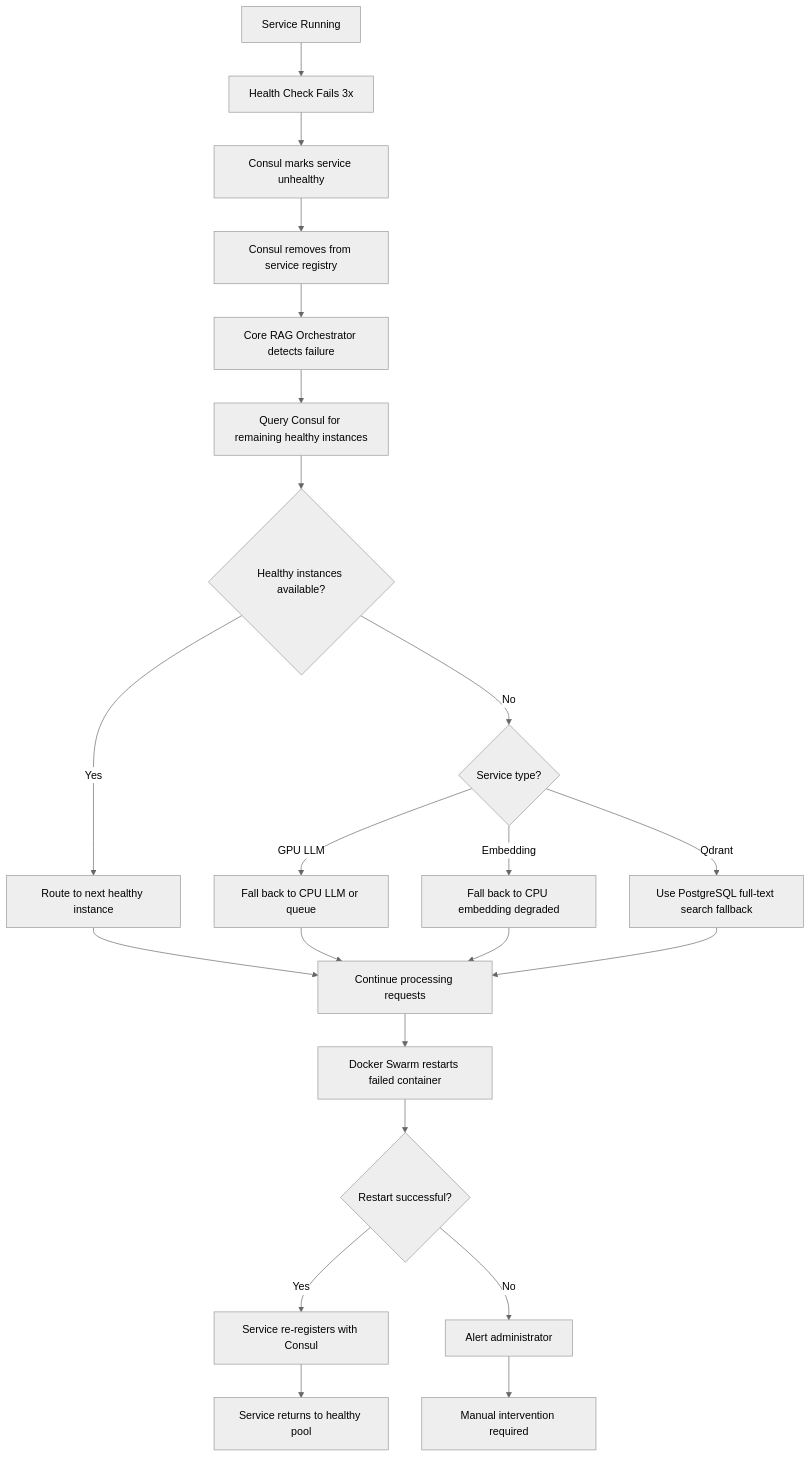
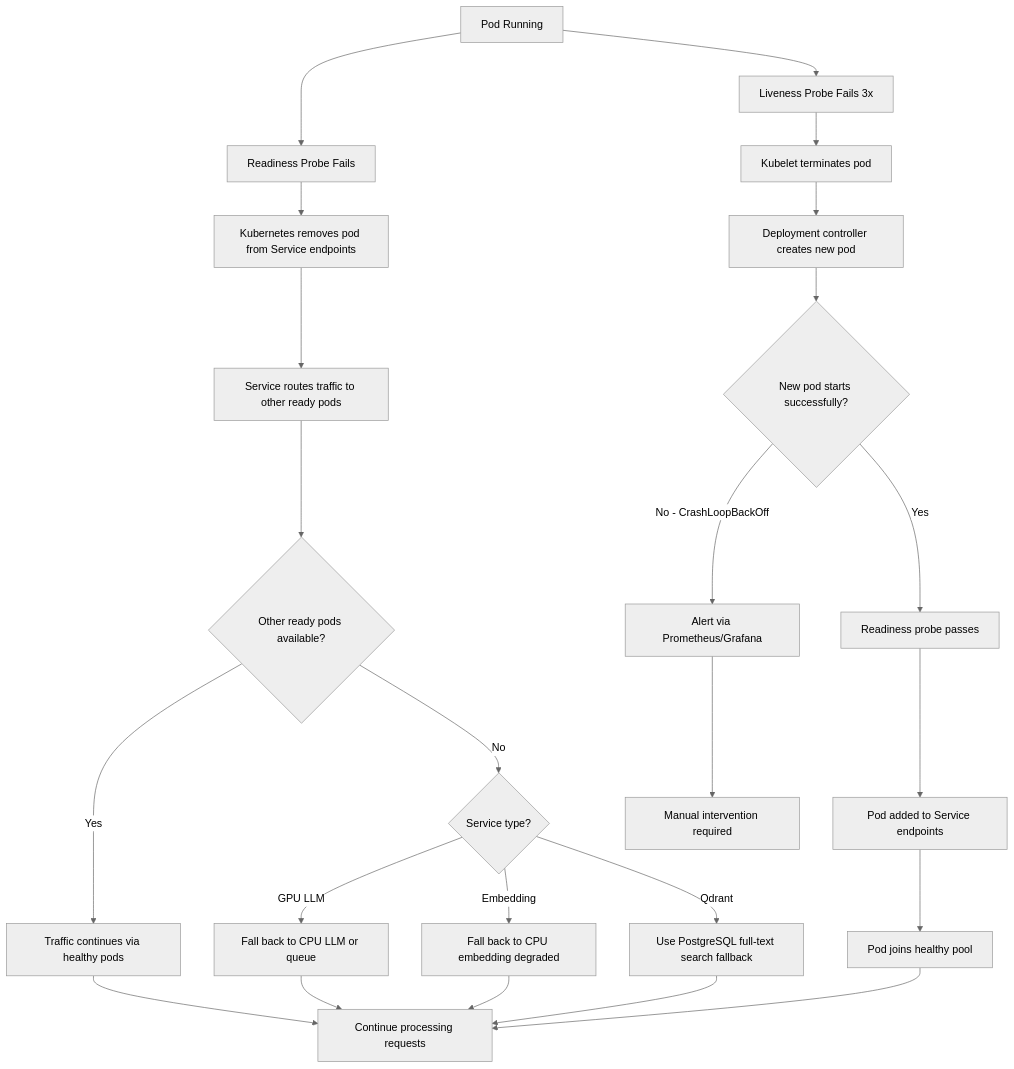
The fifth of 5 diagrams in .kiro/specs/morgan-multi-host-mvp/design.md (lazarevtill/Morgan), drawn with Mermaid (neutral theme) before and after one commit. The commit also changed other lines of this file and 1 other file, not shown here.

First paragraph of the commit message:
fix(docs,cli): Fix ARM method type, Kubernetes failover, and CLI endpoint
**Documentation Fixes:**

````diff
--- a/.kiro/specs/morgan-multi-host-mvp/design.md
+++ b/.kiro/specs/morgan-multi-host-mvp/design.md
@@ -2073,31 +2073,35 @@
 ```mermaid
 flowchart TD
-    A[Service Running] --> B[Health Check Fails 3x]
-    B --> C[Consul marks service unhealthy]
-    C --> D[Consul removes from service registry]
+    A[Pod Running] --> B[Liveness Probe Fails 3x]
+    B --> C[Kubelet terminates pod]
+    C --> D[Deployment controller creates new pod]
 
-    D --> E[Core RAG Orchestrator detects failure]
-    E --> F[Query Consul for remaining healthy instances]
-    F --> G{Healthy instances available?}
+    A --> E[Readiness Probe Fails]
+    E --> F[Kubernetes removes pod from Service endpoints]
+    F --> G[Service routes traffic to other ready pods]
 
-    G -->|Yes| H[Route to next healthy instance]
-    G -->|No| I{Service type?}
+    G --> H{Other ready pods available?}
 
-    I -->|GPU LLM| J[Fall back to CPU LLM or queue]
-    I -->|Embedding| K[Fall back to CPU embedding degraded]
-    I -->|Qdrant| L[Use PostgreSQL full-text search fallback]
+    H -->|Yes| I[Traffic continues via healthy pods]
+    H -->|No| J{Service type?}
 
-    H --> M[Continue processing requests]
-    J --> M
-    K --> M
-    L --> M
+    J -->|GPU LLM| K[Fall back to CPU LLM or queue]
+    J -->|Embedding| L[Fall back to CPU embedding degraded]
+    J -->|Qdrant| M[Use PostgreSQL full-text search fallback]
 
-    M --> N[Docker Swarm restarts failed container]
-    N --> O{Restart successful?}
+    I --> N[Continue processing requests]
+    K --> N
+    L --> N
+    M --> N
 
-    O -->|Yes| P[Service re-registers with Consul]
-    P --> Q[Service returns to healthy pool]
+    D --> O{New pod starts successfully?}
 
-    O -->|No| R[Alert administrator]
-    R --> S[Manual intervention required]
+    O -->|Yes| P[Readiness probe passes]
+    P --> Q[Pod added to Service endpoints]
+    Q --> R[Pod joins healthy pool]
+
+    O -->|No - CrashLoopBackOff| S[Alert via Prometheus/Grafana]
+    S --> T[Manual intervention required]
+
+    R --> N
 ```
````
